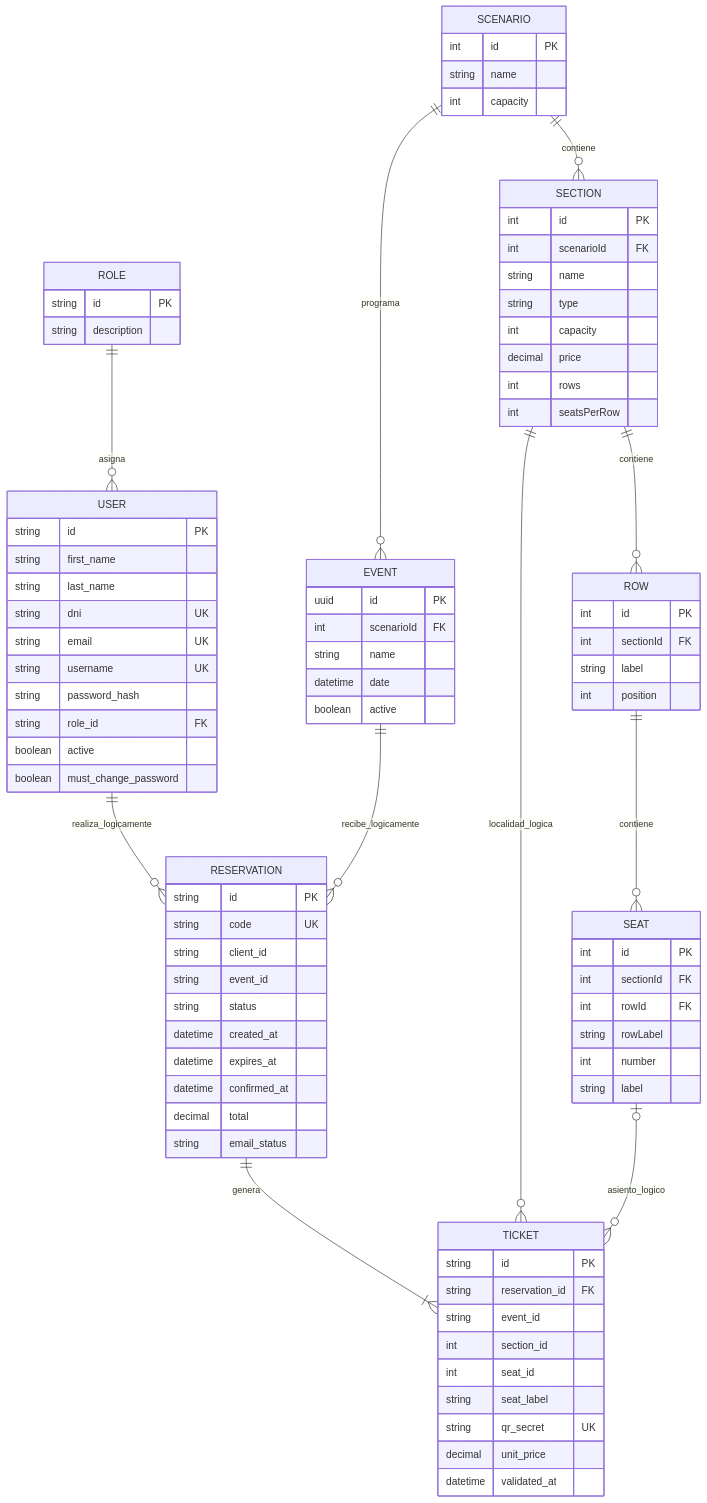
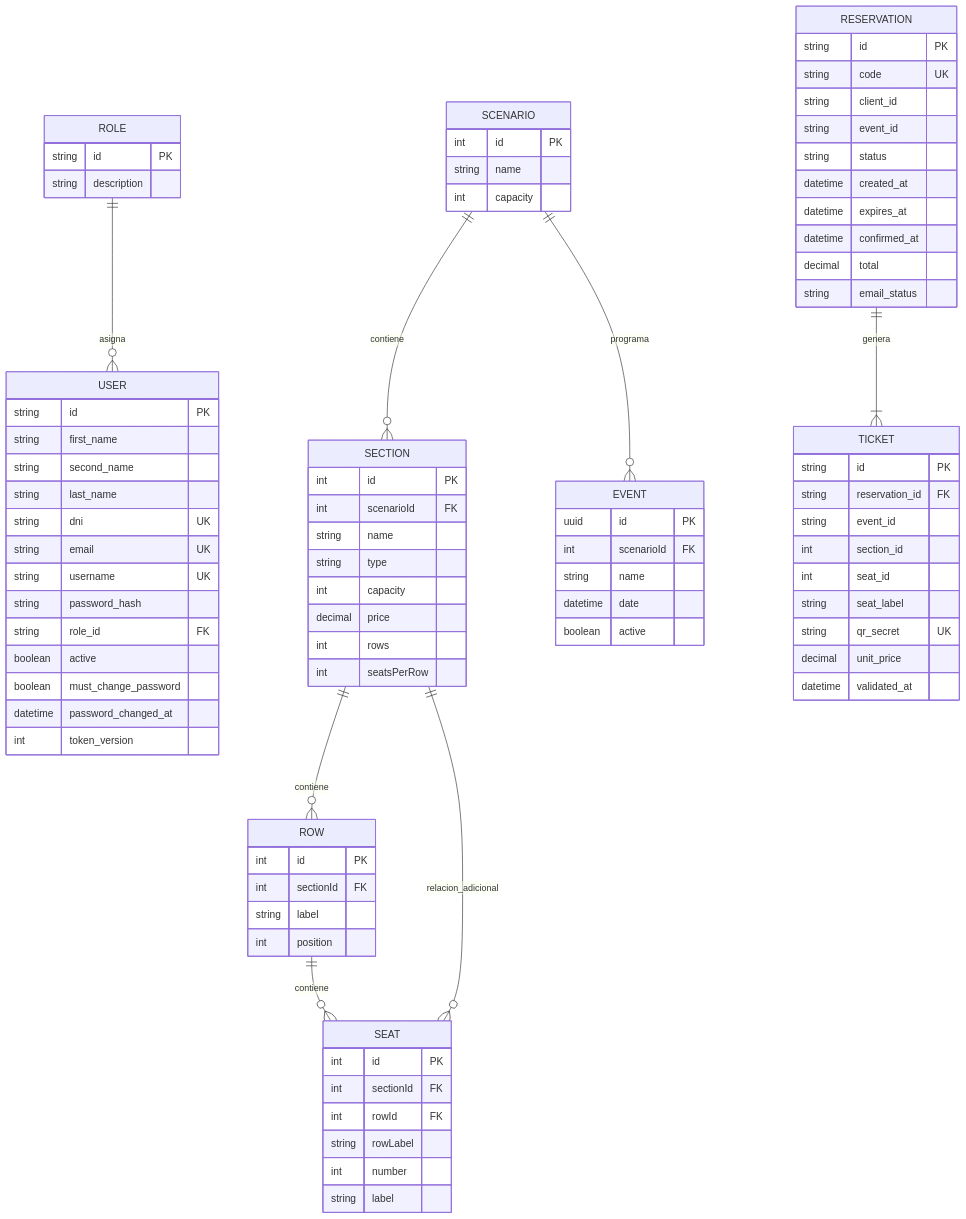
Before and after one commit to BMOP98/CONCIERTA: the second of 2 diagrams in docs/ARQUITECTURA.md, drawn with Mermaid. The commit also changed other lines of this file and 11 other files, not shown here.

```diff
--- a/docs/ARQUITECTURA.md
+++ b/docs/ARQUITECTURA.md
@@ -27,21 +40,18 @@
     SCENARIO ||--o{ SECTION : contiene
     SECTION ||--o{ ROW : contiene
     ROW ||--o{ SEAT : contiene
+    SECTION ||--o{ SEAT : relacion_adicional
     SCENARIO ||--o{ EVENT : programa
-    USER ||--o{ RESERVATION : realiza_logicamente
-    EVENT ||--o{ RESERVATION : recibe_logicamente
     RESERVATION ||--|{ TICKET : genera
-    SECTION ||--o{ TICKET : localidad_logica
-    SEAT o|--o{ TICKET : asiento_logico
 
     ROLE {
         string id PK
         string description
     }
-
     USER {
         string id PK
         string first_name
+        string second_name
         string last_name
         string dni UK
         string email UK
@@ -50,14 +60,14 @@
         string role_id FK
         boolean active
         boolean must_change_password
+        datetime password_changed_at
+        int token_version
     }
-
     SCENARIO {
         int id PK
         string name
         int capacity
     }
-
     SECTION {
         int id PK
         int scenarioId FK
@@ -68,14 +78,12 @@
         int rows
         int seatsPerRow
     }
-
     ROW {
         int id PK
         int sectionId FK
         string label
         int position
     }
-
     SEAT {
         int id PK
         int sectionId FK
@@ -84,7 +92,6 @@
         int number
         string label
     }
-
     EVENT {
         uuid id PK
         int scenarioId FK
@@ -92,7 +99,6 @@
         datetime date
         boolean active
     }
-
     RESERVATION {
         string id PK
         string code UK
@@ -105,7 +111,6 @@
         decimal total
         string email_status
     }
-
     TICKET {
         string id PK
         string reservation_id FK
```
